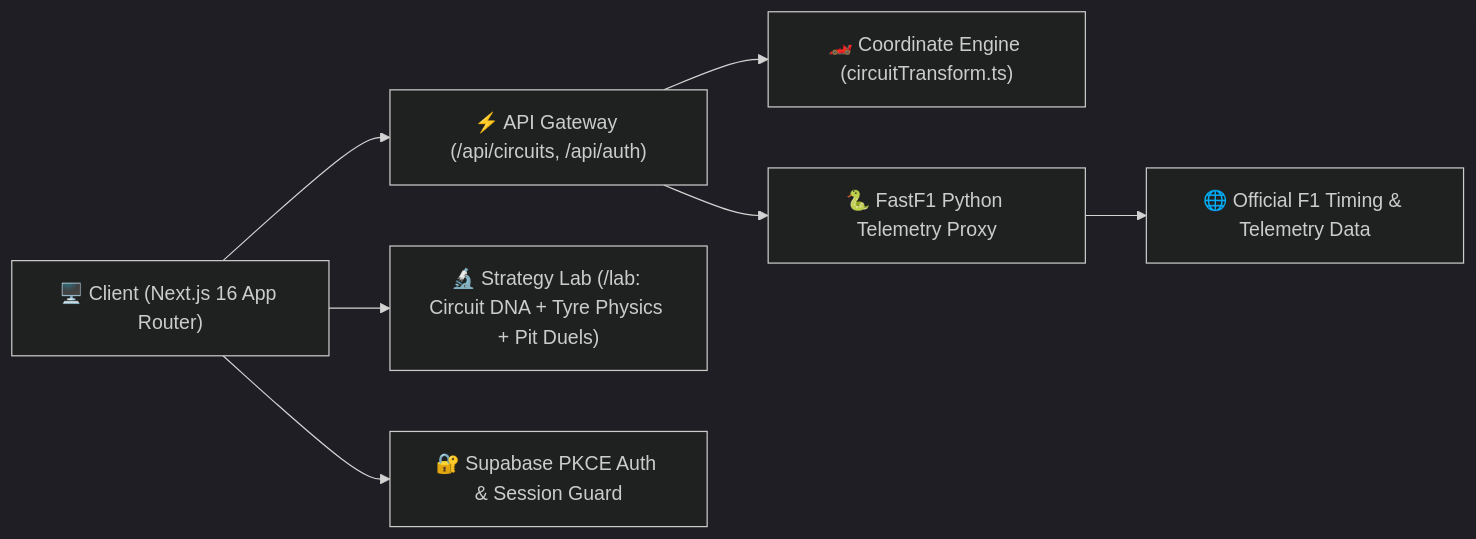
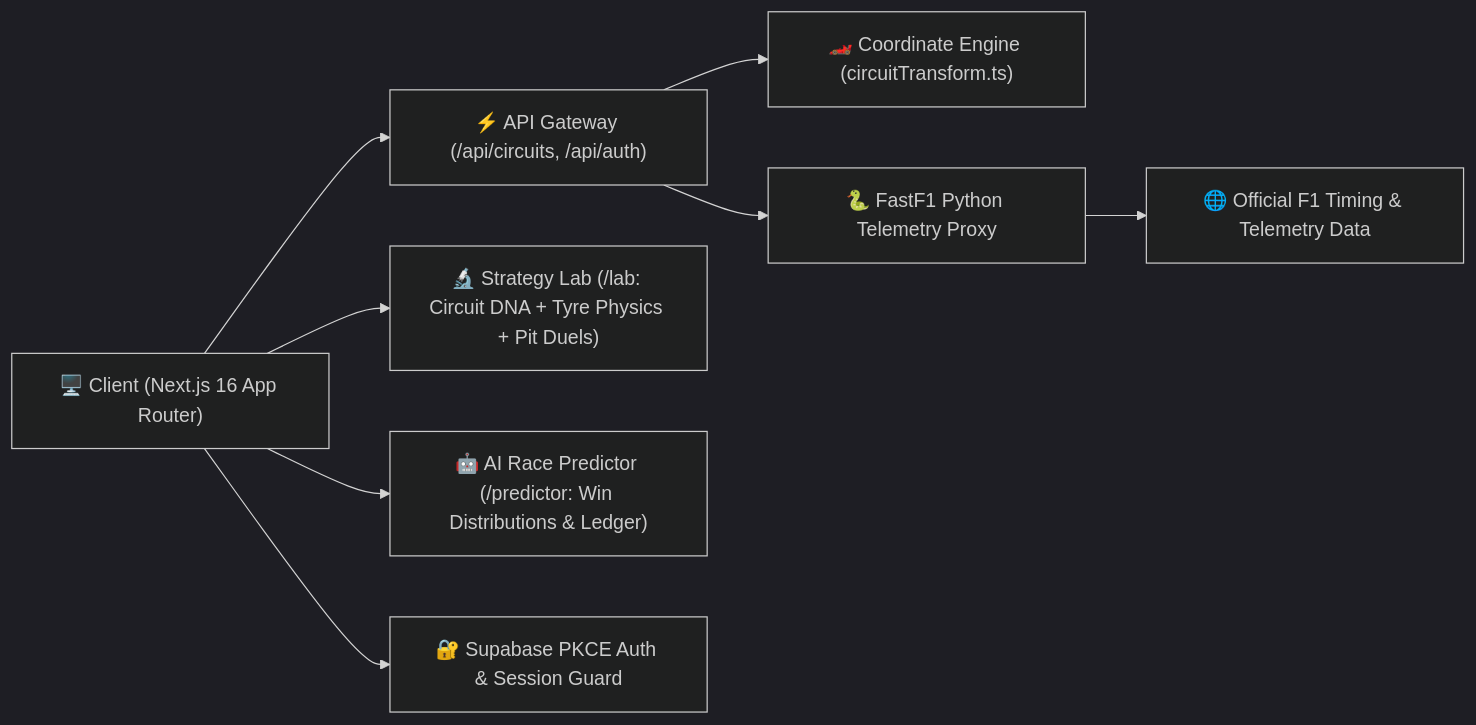
The diagram in README.md (Hritik983567-Art/paddock), drawn with Mermaid (dark theme) before and after one commit. The commit also changed other lines of this file and 108 other files, not shown here.

Commit message:
feat: implement F1 Race Predictor suite and fix hot lap simulator telemetry braking physics across viewports

````diff
--- a/README.md
+++ b/README.md
@@ -74,9 +81,10 @@
 ```mermaid
 graph LR
     Client["🖥️ Client (Next.js 16 App Router)"] --> API["⚡ API Gateway (/api/circuits, /api/auth)"]
     Client --> Lab["🔬 Strategy Lab (/lab: Circuit DNA + Tyre Physics + Pit Duels)"]
+    Client --> Predictor["🤖 AI Race Predictor (/predictor: Win Distributions & Ledger)"]
     API --> Engine["🏎️ Coordinate Engine (circuitTransform.ts)"]
     API --> Proxy["🐍 FastF1 Python Telemetry Proxy"]
     Proxy --> FastF1["🌐 Official F1 Timing & Telemetry Data"]
     Client --> Supabase["🔐 Supabase PKCE Auth & Session Guard"]
 ```
````
